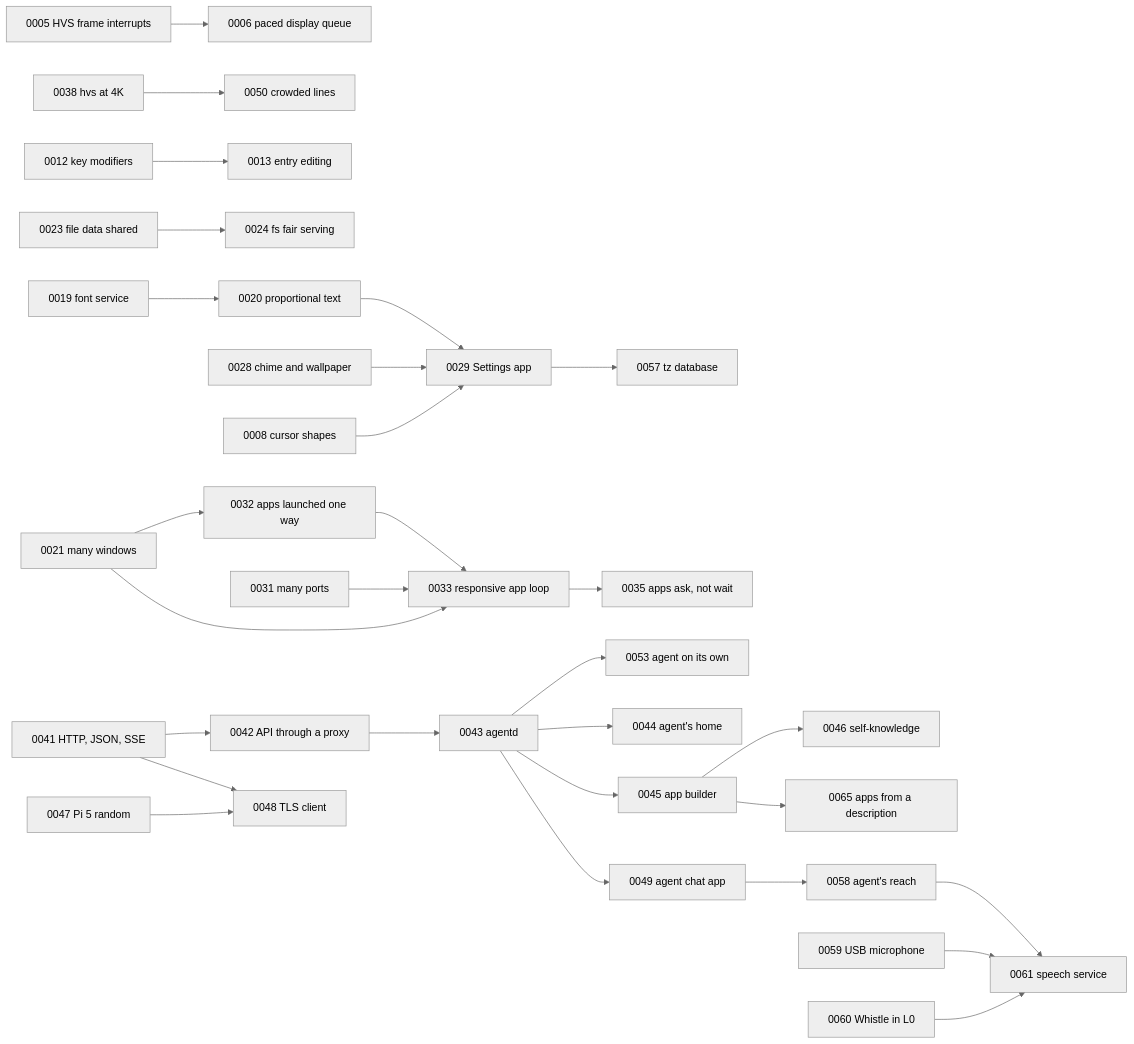
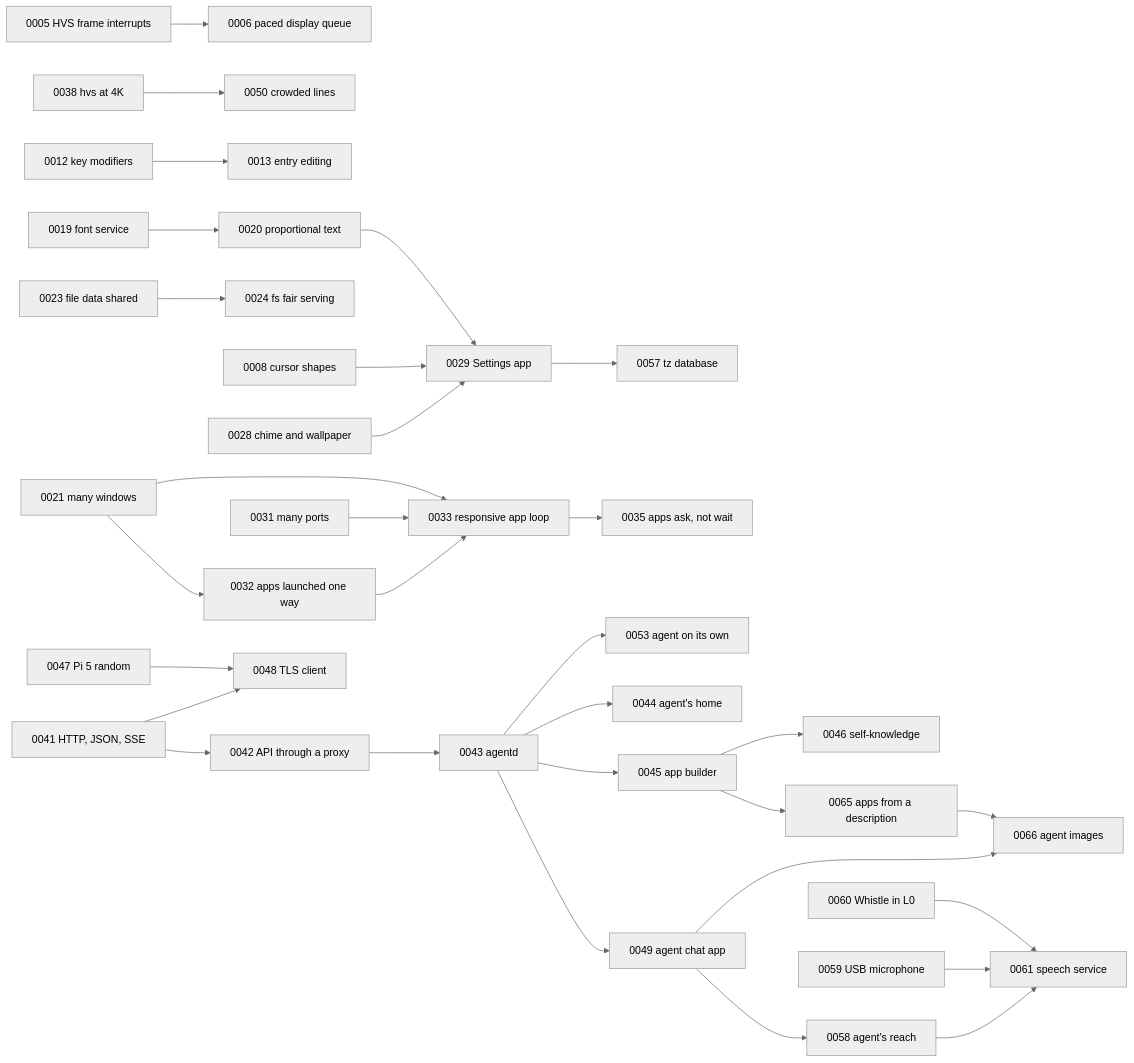
Before and after one commit to misleb/L0S: the diagram in roadmap/INDEX.md, drawn with Mermaid (neutral theme). The commit also changed other lines of this file and 46 other files, not shown here.

First line of the commit message:
Roadmap 0066 begun: the agent shows images, and Agent reads like a phone's messages

````diff
--- a/roadmap/INDEX.md
+++ b/roadmap/INDEX.md
@@ -72,31 +77,33 @@
 ```mermaid
 graph LR
   0005[0005 HVS frame interrupts] --> 0006[0006 paced display queue]
   0038[0038 hvs at 4K] --> 0050[0050 crowded lines]
   0012[0012 key modifiers] --> 0013[0013 entry editing]
   0019[0019 font service] --> 0020[0020 proportional text]
   0023[0023 file data shared] --> 0024[0024 fs fair serving]
   0028[0028 chime and wallpaper] --> 0029[0029 Settings app]
   0008[0008 cursor shapes] --> 0029
   0020 --> 0029
   0029 --> 0057[0057 tz database]
   0021[0021 many windows] --> 0032[0032 apps launched one way]
   0032 --> 0033[0033 responsive app loop]
   0033 --> 0035[0035 apps ask, not wait]
   0031[0031 many ports] --> 0033
   0021 --> 0033
   0041[0041 HTTP, JSON, SSE] --> 0042[0042 API through a proxy]
   0042 --> 0043[0043 agentd]
   0043 --> 0053[0053 agent on its own]
   0043 --> 0044[0044 agent's home]
   0043 --> 0045[0045 app builder]
   0045 --> 0046[0046 self-knowledge]
   0045 --> 0065[0065 apps from a description]
   0043 --> 0049[0049 agent chat app]
   0049 --> 0058[0058 agent's reach]
+  0049 --> 0066[0066 agent images]
+  0065 --> 0066
   0058 --> 0061[0061 speech service]
   0059[0059 USB microphone] --> 0061
   0060[0060 Whistle in L0] --> 0061
   0041 --> 0048[0048 TLS client]
   0047[0047 Pi 5 random] --> 0048
 ```
````
